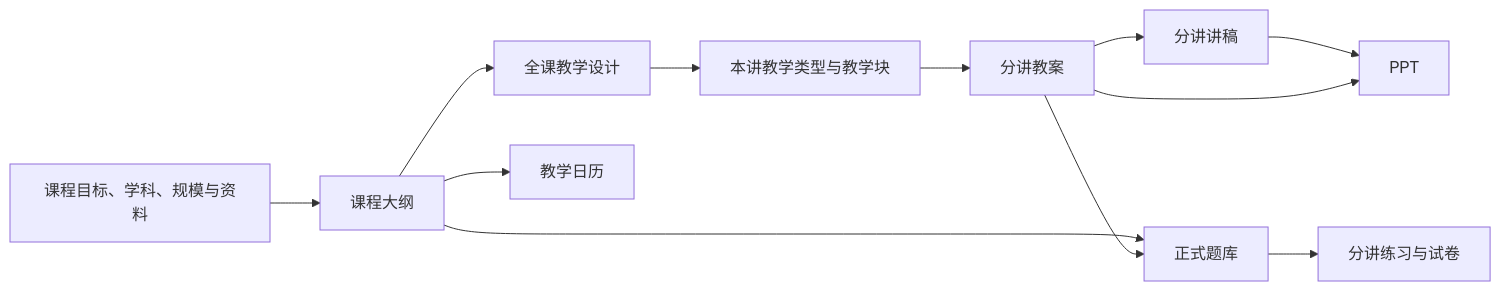
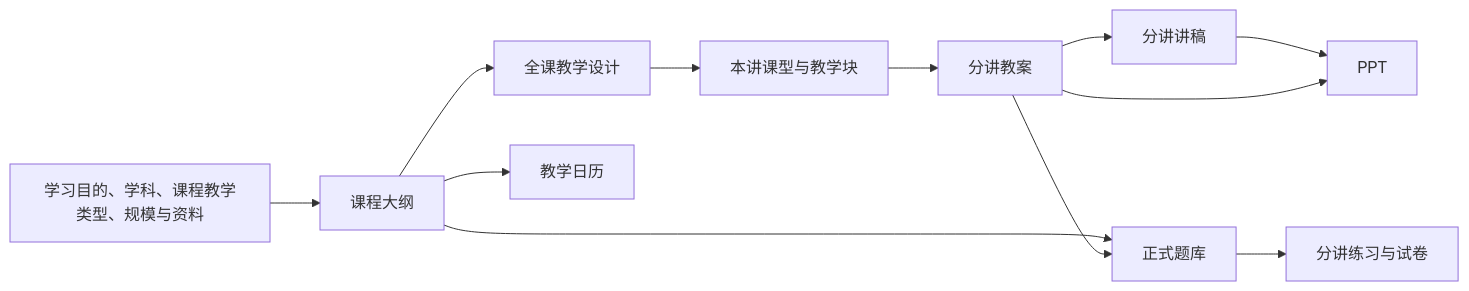
One commit to elgoog577215-beep/hackthon changed the third of 3 diagrams in docs/产品蓝图.md. Above: the diagram before and after it, drawn with Mermaid. The commit also changed other lines of this file and 31 other files, not shown here.

````diff
--- a/docs/产品蓝图.md
+++ b/docs/产品蓝图.md
@@ -566,14 +587,14 @@
 ```mermaid
 flowchart LR
-    A["课程目标、学科、规模与资料"] --> B["课程大纲"]
+    A["学习目的、学科、课程教学类型、规模与资料"] --> B["课程大纲"]
     B --> C["全课教学设计"]
     B --> D["教学日历"]
-    C --> E["本讲教学类型与教学块"]
+    C --> E["本讲课型与教学块"]
     E --> F["分讲教案"]
     F --> G["分讲讲稿"]
     B --> H["正式题库"]
     F --> H
     H --> I["分讲练习与试卷"]
     G --> J["PPT"]
     F --> J
 ```
````
